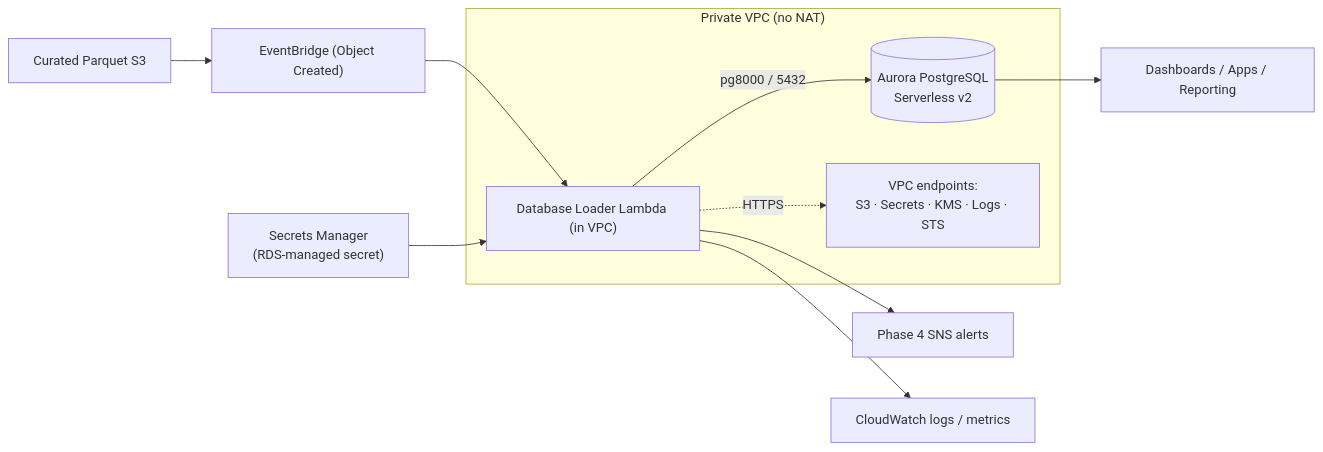
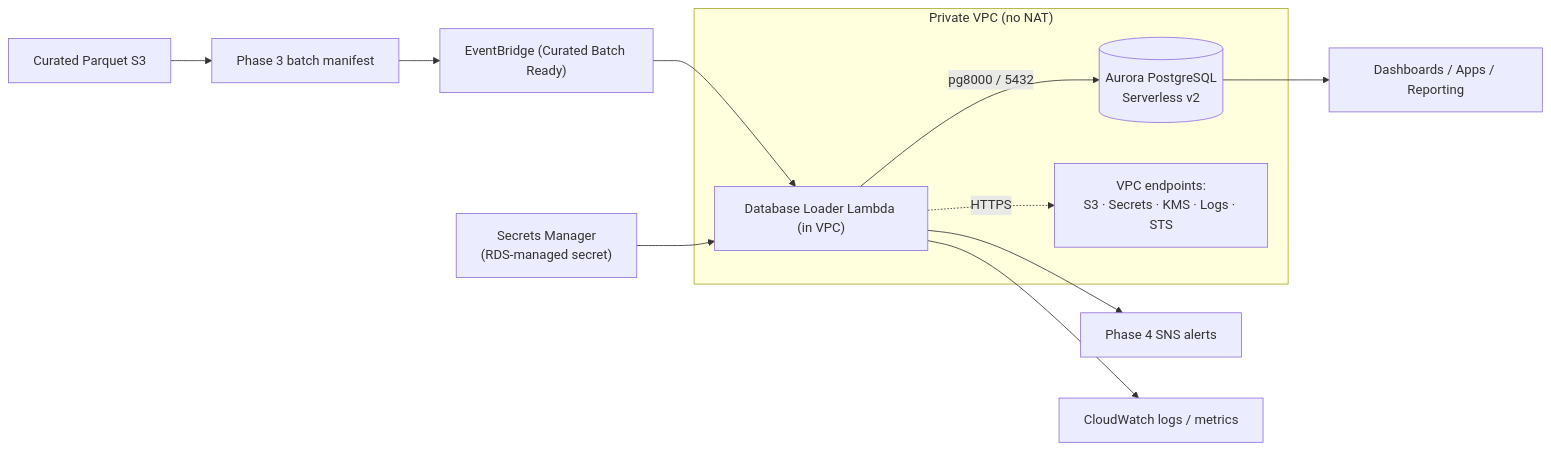
The first of 5 diagrams in docs/database-architecture.md (happi2307/StreamForge), drawn with Mermaid before and after one commit. The commit also changed other lines of this file and 19 other files, not shown here.

````diff
--- a/docs/database-architecture.md
+++ b/docs/database-architecture.md
@@ -14,17 +14,18 @@
 ```mermaid
 flowchart LR
-    Curated["Curated Parquet S3"] --> EB["EventBridge (Object Created)"]
+    Curated["Curated Parquet S3"] --> Glue["Phase 3 batch manifest"]
+    Glue --> EB["EventBridge (Curated Batch Ready)"]
     EB --> Loader["Database Loader Lambda (in VPC)"]
     Secrets["Secrets Manager\n(RDS-managed secret)"] --> Loader
     Loader -->|"pg8000 / 5432"| Aurora[("Aurora PostgreSQL\nServerless v2")]
     Loader --> SNS["Phase 4 SNS alerts"]
     Loader --> CW["CloudWatch logs / metrics"]
     Aurora --> Serve["Dashboards / Apps / Reporting"]
 
     subgraph VPC["Private VPC (no NAT)"]
         Loader
         Aurora
         Endpoints["VPC endpoints:\nS3 · Secrets · KMS · Logs · STS"]
     end
     Loader -. HTTPS .-> Endpoints
 ```
````
